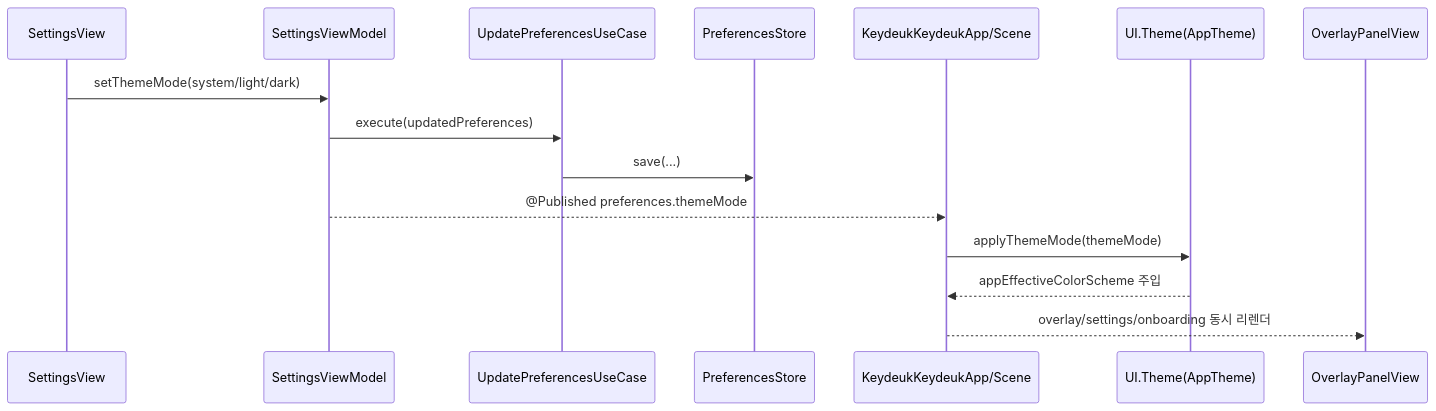
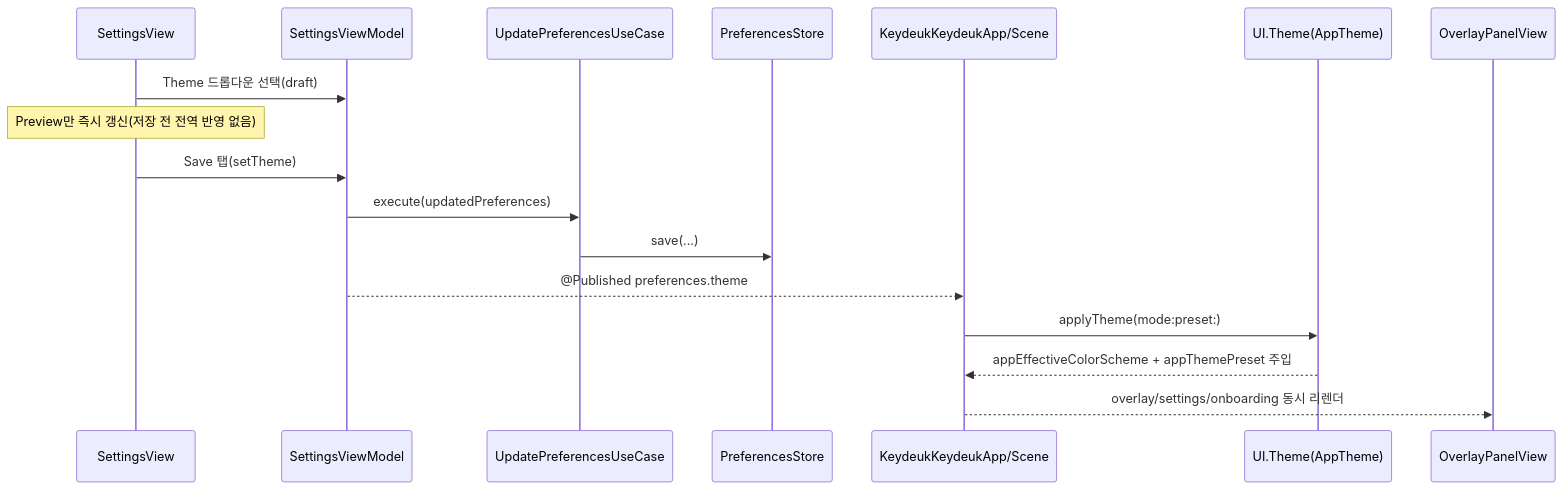
The fourth of 6 diagrams in ARCHITECTURE.md (hahahoho-labs/KeydeukKeydeuk), drawn with Mermaid before and after one commit. The commit also changed other lines of this file and 13 other files, not shown here.

Commit message:
feat(theme): unify theme model and add preview-save workflow

````diff
--- a/ARCHITECTURE.md
+++ b/ARCHITECTURE.md
@@ -516,18 +565,20 @@
 ```mermaid
 sequenceDiagram
   participant SV as SettingsView
   participant SVM as SettingsViewModel
   participant UP as UpdatePreferencesUseCase
   participant PS as PreferencesStore
   participant APP as KeydeukKeydeukApp/Scene
   participant TP as UI.Theme(AppTheme)
   participant OV as OverlayPanelView
 
-  SV->>SVM: setThemeMode(system/light/dark)
+  SV->>SVM: Theme 드롭다운 선택(draft)
+  Note over SV: Preview만 즉시 갱신(저장 전 전역 반영 없음)
+  SV->>SVM: Save 탭(setTheme)
   SVM->>UP: execute(updatedPreferences)
   UP->>PS: save(...)
-  SVM-->>APP: @Published preferences.themeMode
-  APP->>TP: applyThemeMode(themeMode)
-  TP-->>APP: appEffectiveColorScheme 주입
+  SVM-->>APP: @Published preferences.theme
+  APP->>TP: applyTheme(mode:preset:)
+  TP-->>APP: appEffectiveColorScheme + appThemePreset 주입
   APP-->>OV: overlay/settings/onboarding 동시 리렌더
 ```
````
